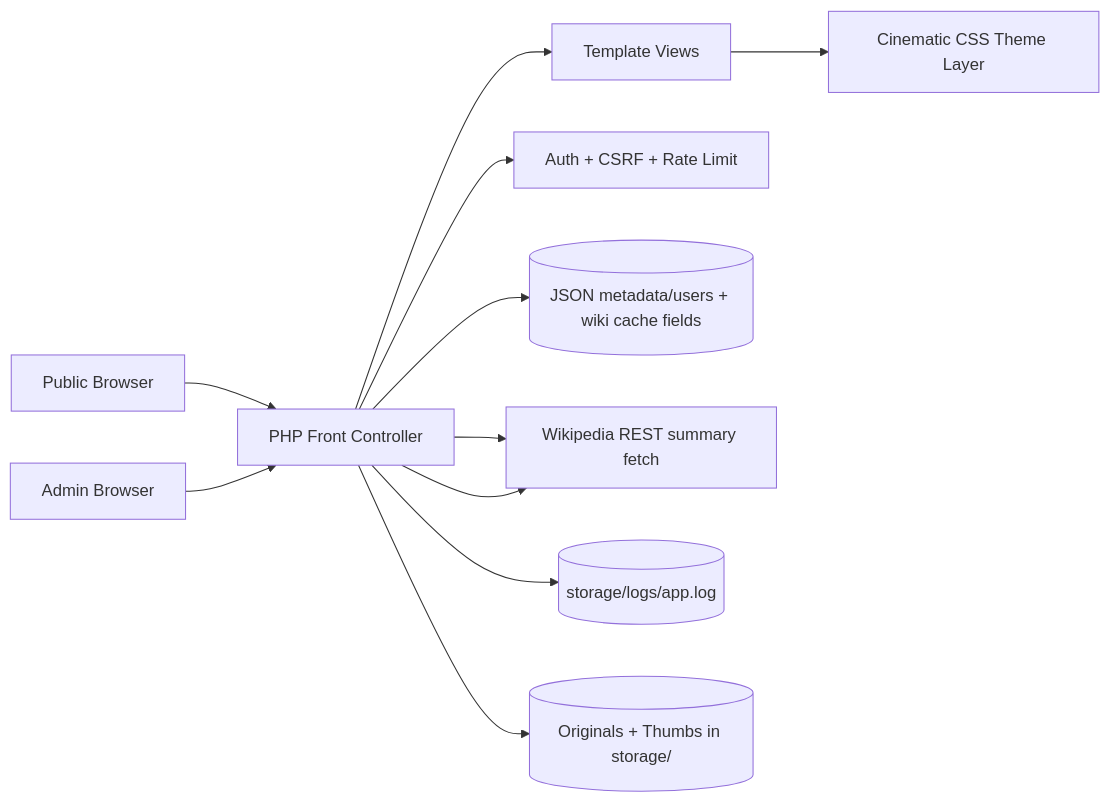
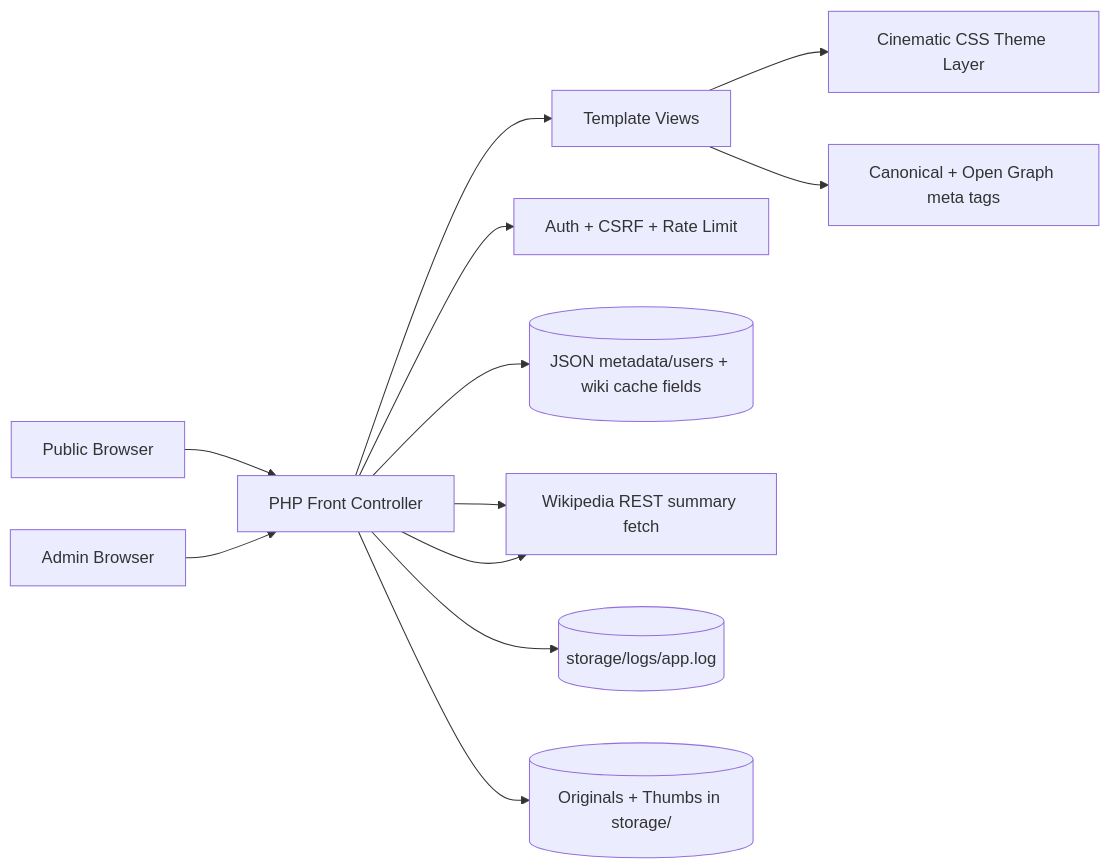
The third of 3 diagrams in README.md (smeird/images), drawn with Mermaid before and after one commit. The commit also changed other lines of this file and 6 other files, not shown here.

First line of the commit message:
Add shareable image preview links with Open Graph metadata

````diff
--- a/README.md
+++ b/README.md
@@ -156,13 +162,14 @@
 ```mermaid
 graph LR
   U[Public Browser] --> APP[PHP Front Controller]
   A[Admin Browser] --> APP
   APP --> VIEWS[Template Views]
   VIEWS --> THEME[Cinematic CSS Theme Layer]
+  VIEWS --> SEO[Canonical + Open Graph meta tags]
   APP --> SEC[Auth + CSRF + Rate Limit]
   APP --> DATA[(JSON metadata/users + wiki cache fields)]
   APP --> WIKI[Wikipedia REST summary API]
   APP --> LOGS[(storage/logs/app.log)]
   APP --> IMG[(Originals + Thumbs in storage/)]
   APP --> WIKI[Wikipedia REST summary fetch]
 ```
````
